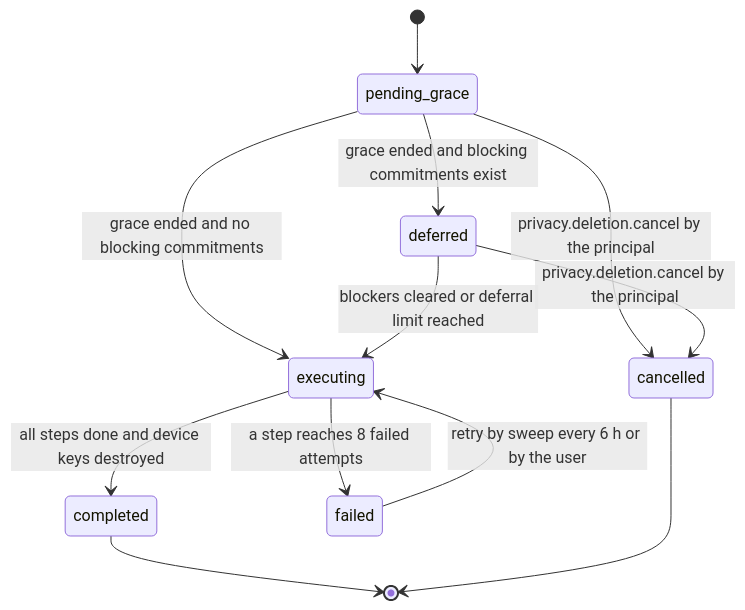
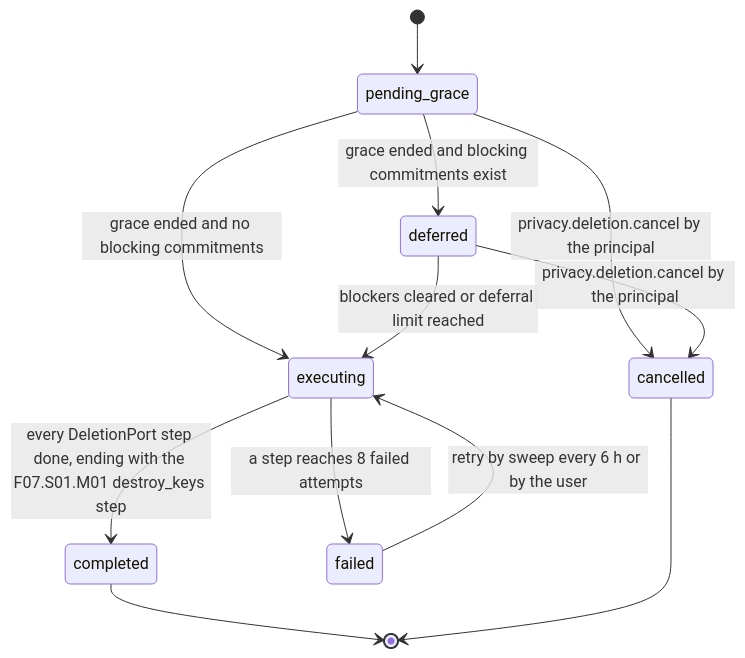
The diagram in 10_Privacy/01_data_controls/mod_delete/workflow_state_machine.md (djshellshoxxx/CLASSifiedisRUPTed), drawn with Mermaid before and after one commit. The commit also changed other lines of this file and 202 other files, not shown here.

````diff
--- a/10_Privacy/01_data_controls/mod_delete/workflow_state_machine.md
+++ b/10_Privacy/01_data_controls/mod_delete/workflow_state_machine.md
@@ -30,14 +31,14 @@
 ```mermaid
 stateDiagram-v2
   [*] --> pending_grace
   pending_grace --> cancelled: privacy.deletion.cancel by the principal
   pending_grace --> executing: grace ended and no blocking commitments
   pending_grace --> deferred: grace ended and blocking commitments exist
   deferred --> cancelled: privacy.deletion.cancel by the principal
   deferred --> executing: blockers cleared or deferral limit reached
-  executing --> completed: all steps done and device keys destroyed
+  executing --> completed: every DeletionPort step done, ending with the F07.S01.M01 destroy_keys step
   executing --> failed: a step reaches 8 failed attempts
   failed --> executing: retry by sweep every 6 h or by the user
   completed --> [*]
   cancelled --> [*]
 ```
````
